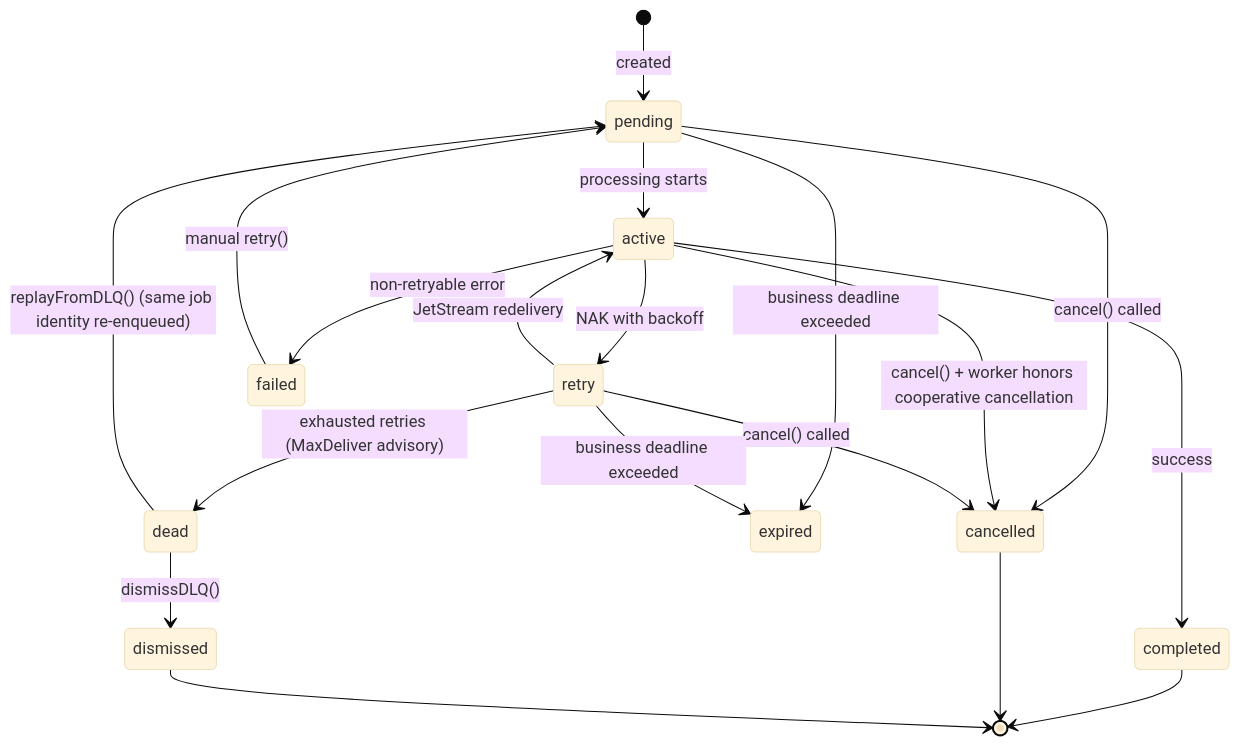
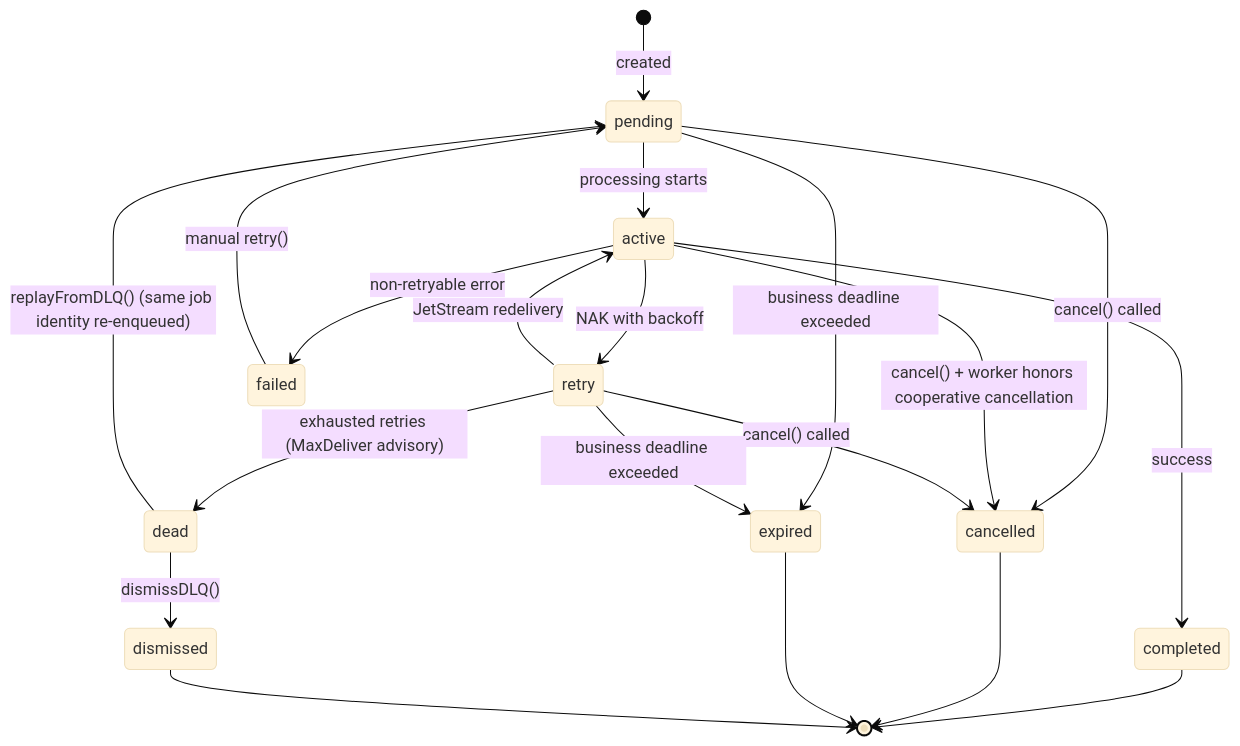
One commit to Qlever-LLC/trellis changed the diagram in design/jobs/trellis-jobs.md. Above: the diagram before and after it, drawn with Mermaid (base theme). The commit also changed other lines of this file and 178 other files, not shown here.

````diff
--- a/design/jobs/trellis-jobs.md
+++ b/design/jobs/trellis-jobs.md
@@ -96,27 +101,28 @@
 ```mermaid
 stateDiagram-v2
     [*] --> pending: created
 
     pending --> active: processing starts
     pending --> cancelled: cancel() called
     pending --> expired: business deadline exceeded
 
     active --> completed: success
     active --> retry: NAK with backoff
     active --> failed: non-retryable error
     active --> cancelled: cancel() + worker honors cooperative cancellation
 
     retry --> active: JetStream redelivery
     retry --> dead: exhausted retries (MaxDeliver advisory)
     retry --> cancelled: cancel() called
     retry --> expired: business deadline exceeded
 
     failed --> pending: manual retry()
 
     dead --> pending: replayFromDLQ() (same job identity re-enqueued)
     dead --> dismissed: dismissDLQ()
 
     completed --> [*]
     cancelled --> [*]
+    expired --> [*]
     dismissed --> [*]
 ```
````
